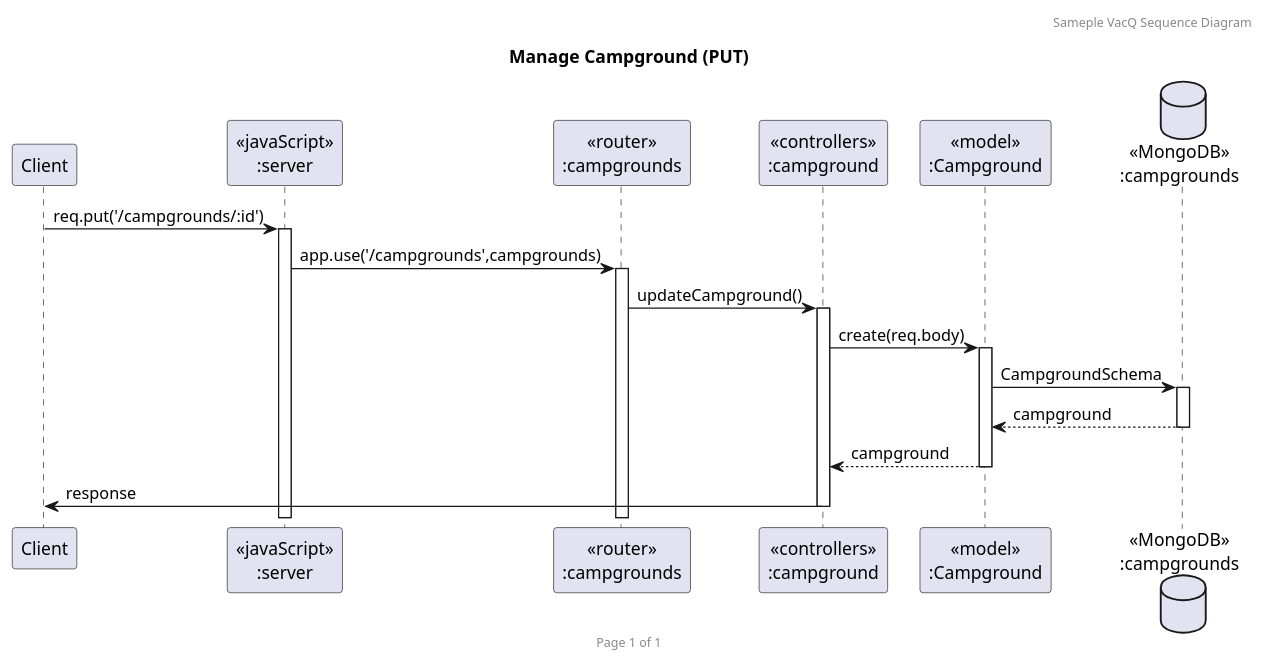
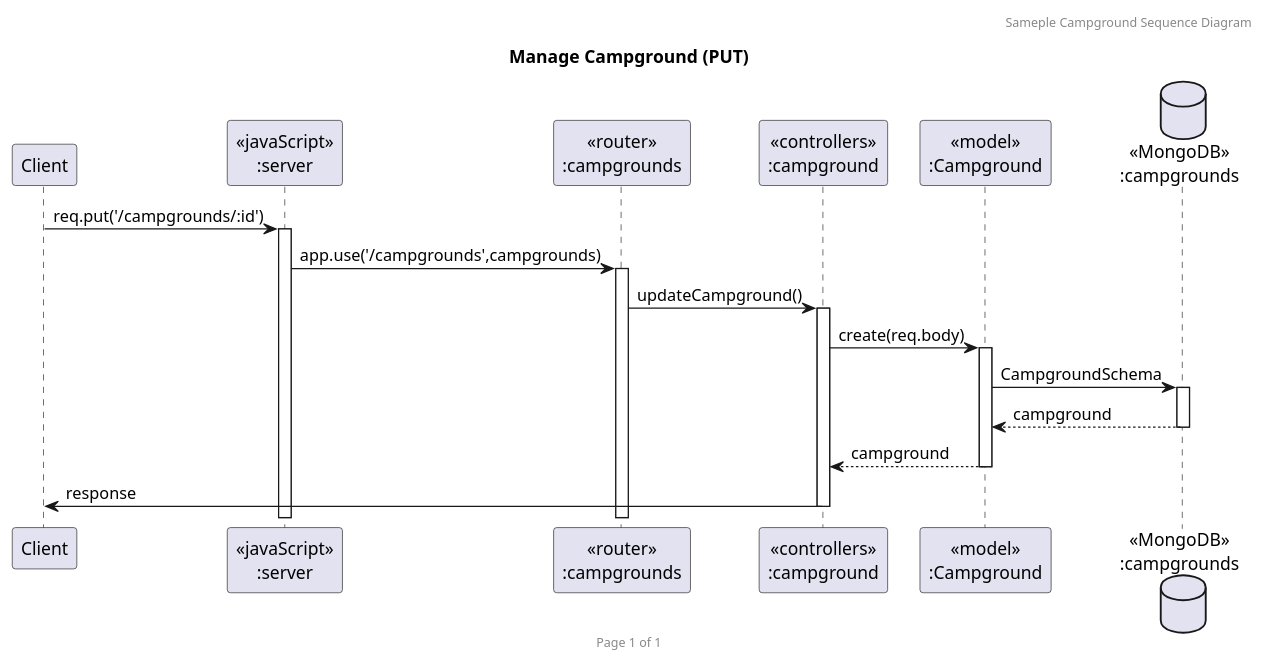
One commit to thamthorn/Campground-Backend changed the diagram in Diagram/Sequence diagram/Campground/Campground PUT.puml. Above: the diagram before and after it, drawn with PlantUML. The commit also changed 3 other files, not shown here.

```diff
--- a/Diagram/Sequence diagram/Campground/Campground PUT.puml
+++ b/Diagram/Sequence diagram/Campground/Campground PUT.puml
@@ -1,23 +1,23 @@
 @startuml Manage Campground (PUT)
 
-header Sameple VacQ Sequence Diagram
+header Sameple Campground Sequence Diagram
 footer Page %page% of %lastpage%
 title "Manage Campground (PUT)"
 
 participant "Client" as client
 participant "<<javaScript>>\n:server" as server
 participant "<<router>>\n:campgrounds" as routerCampgrounds
 participant "<<controllers>>\n:campground" as controllersCampground
 participant "<<model>>\n:Campground" as modelCampground
 database "<<MongoDB>>\n:campgrounds" as CampgroundsDatabase
 
 client->server ++:req.put('/campgrounds/:id')
 server->routerCampgrounds ++:app.use('/campgrounds',campgrounds)
 routerCampgrounds -> controllersCampground ++:updateCampground()
 controllersCampground->modelCampground ++:create(req.body)
 modelCampground ->CampgroundsDatabase ++: CampgroundSchema
 CampgroundsDatabase --> modelCampground --: campground
 controllersCampground <-- modelCampground --:campground
 controllersCampground->client --:response
 
 @enduml
```
